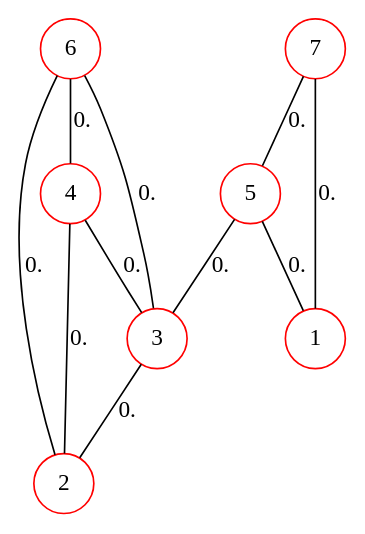
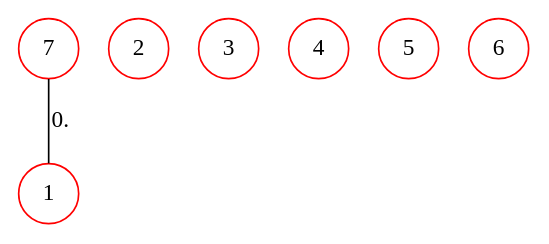
The diagram in Graph_Project/graphs/g1.dot (nightmared/project_graphs_2019_2020), drawn with Graphviz before and after one commit. The commit also changed 1 other file, not shown here.

```diff
--- a/Graph_Project/graphs/g1.dot
+++ b/Graph_Project/graphs/g1.dot
@@ -1,22 +1,13 @@
 graph G {
   1 [shape=circle, color="#FF0000", label="1", ];
   2 [shape=circle, color="#FF0000", label="2", ];
   3 [shape=circle, color="#FF0000", label="3", ];
   4 [shape=circle, color="#FF0000", label="4", ];
   5 [shape=circle, color="#FF0000", label="5", ];
   6 [shape=circle, color="#FF0000", label="6", ];
   7 [shape=circle, color="#FF0000", label="7", ];
   
   
-  3 -- 2 [label="0.", ];
-  4 -- 2 [label="0.", ];
-  4 -- 3 [label="0.", ];
-  5 -- 1 [label="0.", ];
-  5 -- 3 [label="0.", ];
-  6 -- 2 [label="0.", ];
-  6 -- 3 [label="0.", ];
-  6 -- 4 [label="0.", ];
   7 -- 1 [label="0.", ];
-  7 -- 5 [label="0.", ];
   
   }
```
